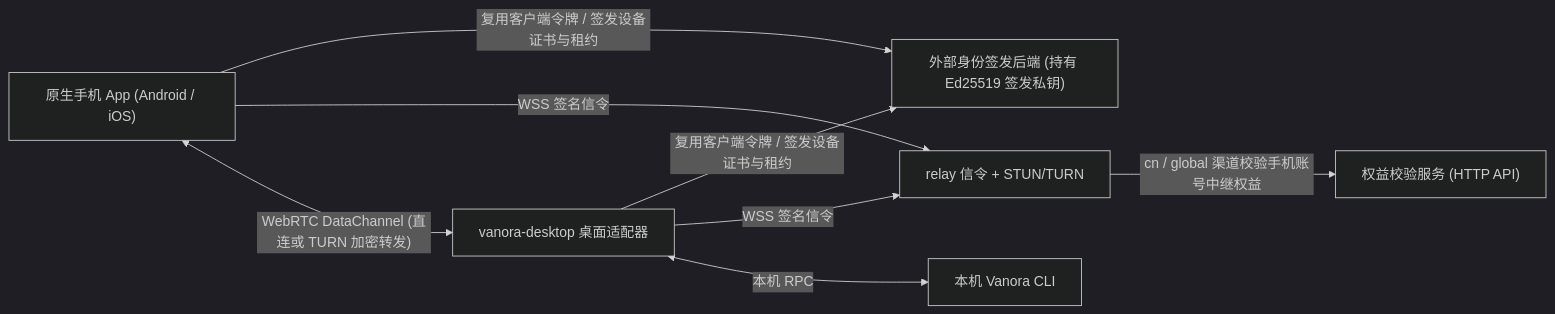
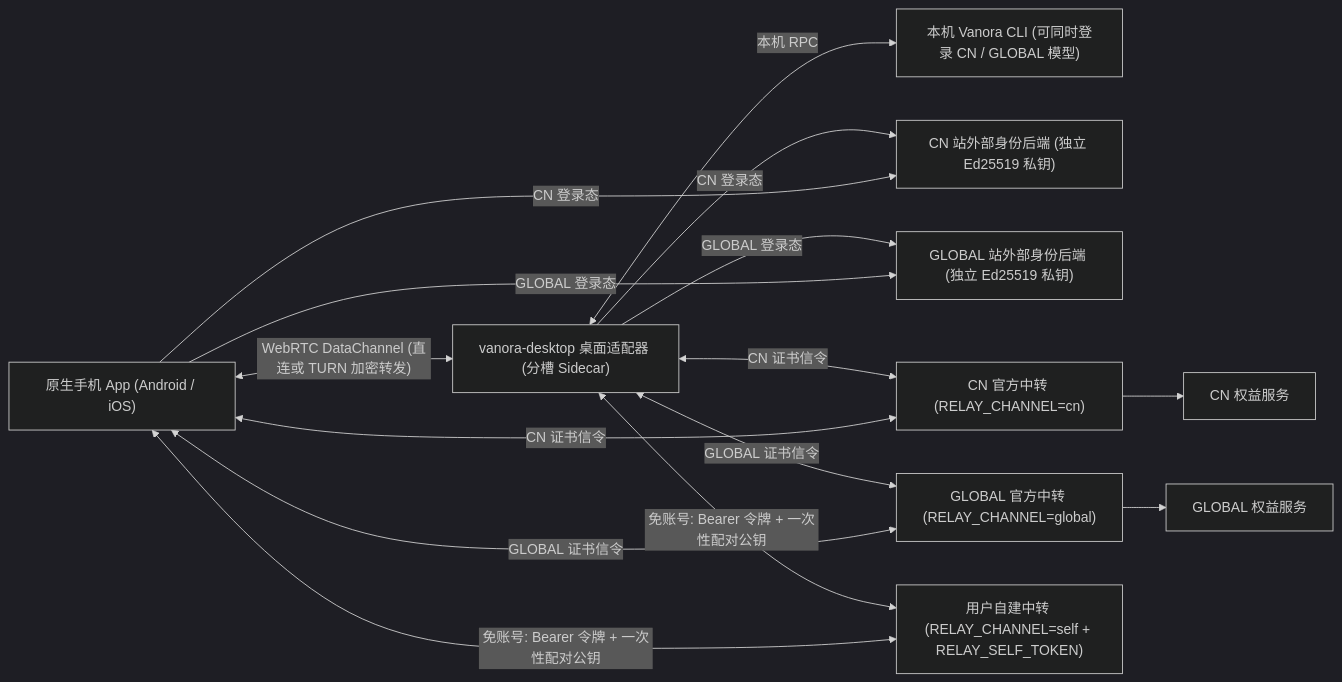
Before and after one commit to VANORA-Team/Vanora-relay: the diagram in README.md, drawn with Mermaid (dark theme). The commit also changed other lines of this file and 39 other files, not shown here.

Commit message:
feat(relay): isolate official sites and add paired self-hosted access

````diff
--- a/README.md
+++ b/README.md
@@ -16,17 +16,28 @@
 ```mermaid
 flowchart LR
     Mobile["原生手机 App (Android / iOS)"]
-    Desktop["vanora-desktop 桌面适配器"]
-    Vanora["本机 Vanora CLI"]
-    Identity["外部身份签发后端 (持有 Ed25519 签发私钥)"]
-    Relay["relay 信令 + STUN/TURN"]
-    Entitlement["权益校验服务 (HTTP API)"]
+    Desktop["vanora-desktop 桌面适配器 (分槽 Sidecar)"]
+    Vanora["本机 Vanora CLI (可同时登录 CN / GLOBAL 模型)"]
+    IdentityCN["CN 站外部身份后端 (独立 Ed25519 私钥)"]
+    IdentityGL["GLOBAL 站外部身份后端 (独立 Ed25519 私钥)"]
+    RelayCN["CN 官方中转 (RELAY_CHANNEL=cn)"]
+    RelayGL["GLOBAL 官方中转 (RELAY_CHANNEL=global)"]
+    EntCN["CN 权益服务"]
+    EntGL["GLOBAL 权益服务"]
+    RelaySelf["用户自建中转 (RELAY_CHANNEL=self + RELAY_SELF_TOKEN)"]
 
-    Mobile -- "复用客户端令牌 / 签发设备证书与租约" --> Identity
-    Desktop -- "复用客户端令牌 / 签发设备证书与租约" --> Identity
-    Mobile -- "WSS 签名信令" --> Relay
-    Desktop -- "WSS 签名信令" --> Relay
-    Relay -- "cn / global 渠道校验手机账号中继权益" --> Entitlement
+    Desktop -- "CN 登录态" --> IdentityCN
+    Mobile -- "CN 登录态" --> IdentityCN
+    Desktop -- "GLOBAL 登录态" --> IdentityGL
+    Mobile -- "GLOBAL 登录态" --> IdentityGL
+    Desktop <-- "CN 证书信令" --> RelayCN
+    Mobile <-- "CN 证书信令" --> RelayCN
+    RelayCN --> EntCN
+    Desktop <-- "GLOBAL 证书信令" --> RelayGL
+    Mobile <-- "GLOBAL 证书信令" --> RelayGL
+    RelayGL --> EntGL
+    Desktop <-- "免账号: Bearer 令牌 + 一次性配对公钥" --> RelaySelf
+    Mobile <-- "免账号: Bearer 令牌 + 一次性配对公钥" --> RelaySelf
     Mobile <-- "WebRTC DataChannel (直连或 TURN 加密转发)" --> Desktop
     Desktop <-- "本机 RPC" --> Vanora
 ```
````
